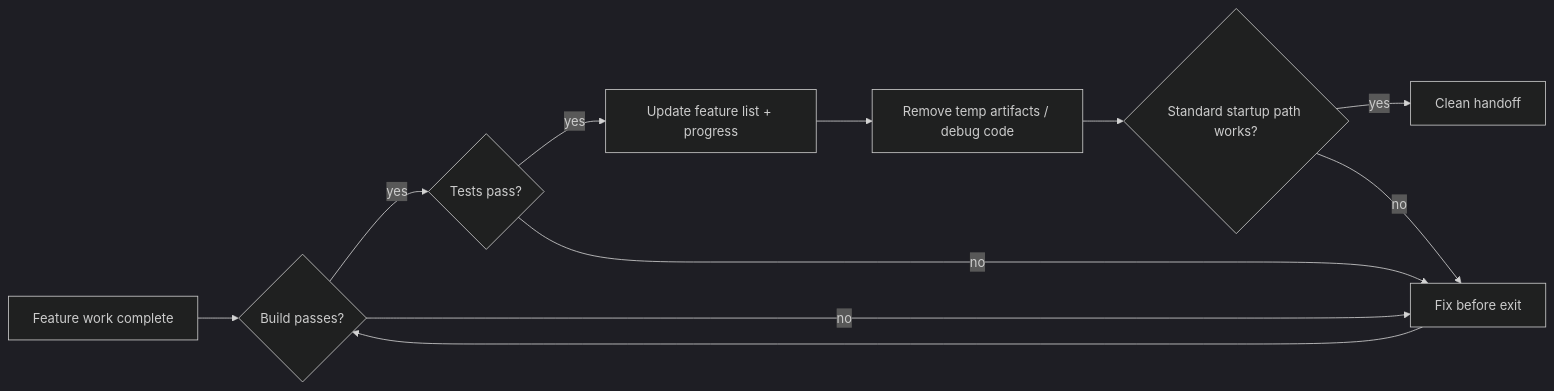
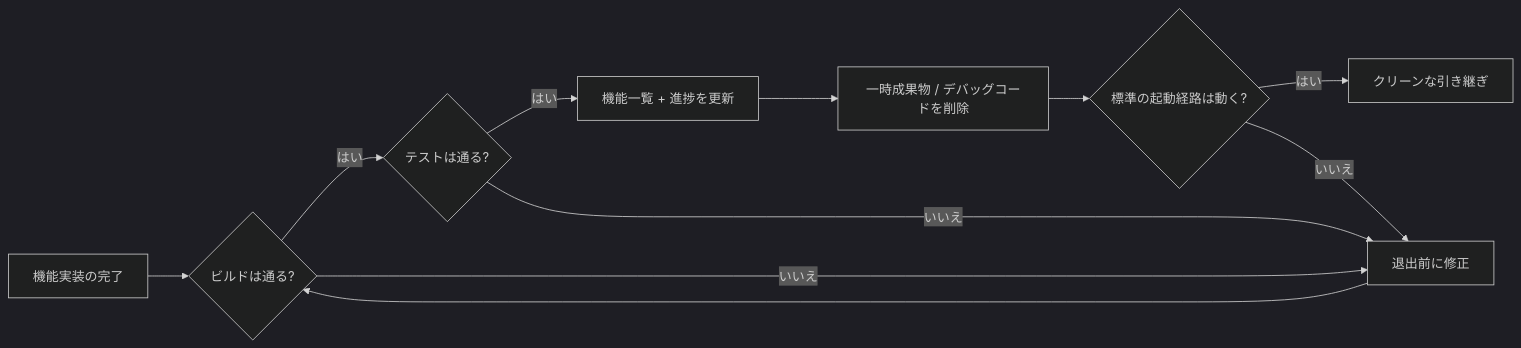
The first of 2 diagrams in docs/en/lectures/lecture-12-why-every-session-must-leave-a-clean-state/index.md (mkusaka/learn-harness-engineering), drawn with Mermaid (dark theme) before and after one commit. The commit also changed other lines of this file and 571 other files, not shown here.

````diff
--- a/docs/en/lectures/lecture-12-why-every-session-must-leave-a-clean-state/index.md
+++ b/docs/en/lectures/lecture-12-why-every-session-must-leave-a-clean-state/index.md
@@ -25,13 +25,13 @@
 ```mermaid
 flowchart LR
-    Work["Feature work complete"] --> Build{"Build passes?"}
-    Build -->|yes| Test{"Tests pass?"}
-    Build -->|no| Fix["Fix before exit"]
-    Test -->|yes| Record["Update feature list + progress"]
-    Test -->|no| Fix
-    Record --> Cleanup["Remove temp artifacts / debug code"]
-    Cleanup --> Startup{"Standard startup path works?"}
-    Startup -->|yes| Clean["Clean handoff"]
-    Startup -->|no| Fix
+    Work["機能実装の完了"] --> Build{"ビルドは通る?"}
+    Build -->|はい| Test{"テストは通る?"}
+    Build -->|いいえ| Fix["退出前に修正"]
+    Test -->|はい| Record["機能一覧 + 進捗を更新"]
+    Test -->|いいえ| Fix
+    Record --> Cleanup["一時成果物 / デバッグコードを削除"]
+    Cleanup --> Startup{"標準の起動経路は動く?"}
+    Startup -->|はい| Clean["クリーンな引き継ぎ"]
+    Startup -->|いいえ| Fix
     Fix --> Build
 ```
````
